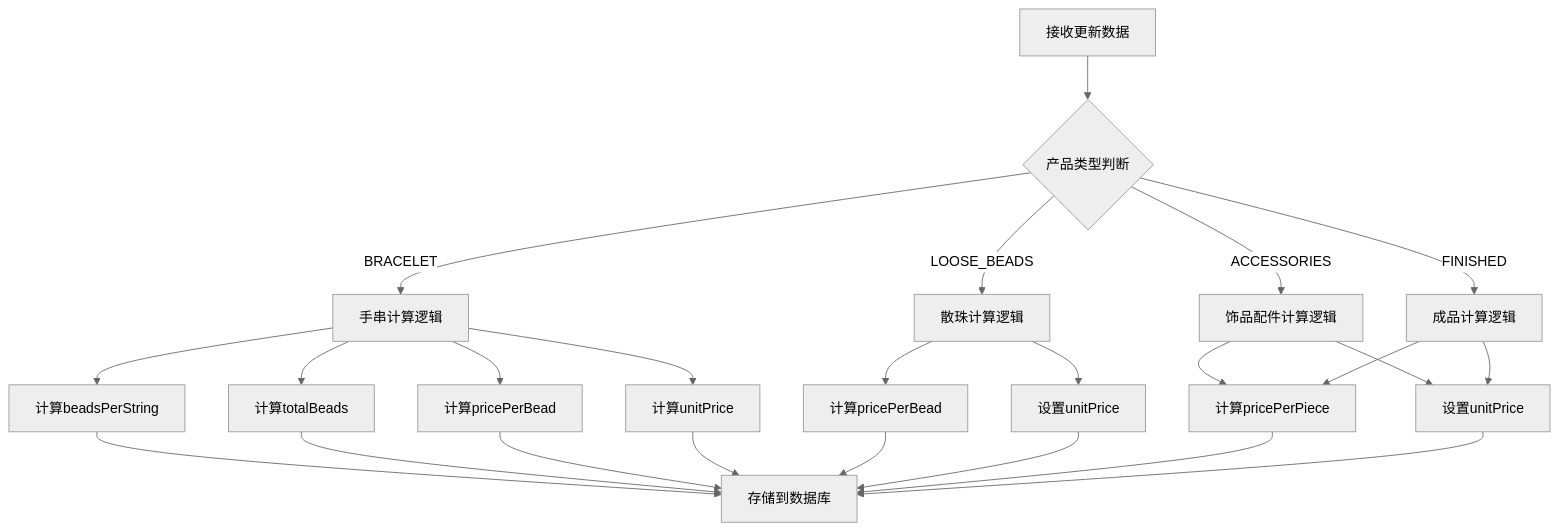
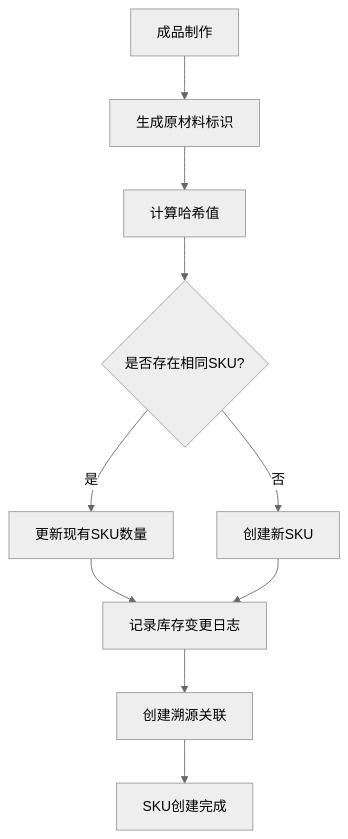
Before and after one commit to zhuoweishun/shuijing-erp: the tenth of 14 diagrams in .trae/documents/05-业务流程详细规范文档.md, drawn with Mermaid (neutral theme). The commit also changed other lines of this file and 118 other files, not shown here.

````diff
--- a/.trae/documents/05-业务流程详细规范文档.md
+++ b/.trae/documents/05-业务流程详细规范文档.md
@@ -705,26 +409,12 @@
 ```mermaid
 flowchart TD
-    A[接收更新数据] --> B{产品类型判断}
-    B -->|BRACELET| C[手串计算逻辑]
-    B -->|LOOSE_BEADS| D[散珠计算逻辑]
-    B -->|ACCESSORIES| E[饰品配件计算逻辑]
-    B -->|FINISHED| F[成品计算逻辑]
-    C --> G[计算beadsPerString]
-    C --> H[计算totalBeads]
-    C --> I[计算pricePerBead]
-    C --> J[计算unitPrice]
-    D --> K[计算pricePerBead]
-    D --> L[设置unitPrice]
-    E --> M[计算pricePerPiece]
-    E --> N[设置unitPrice]
-    F --> M
-    F --> N
-    G --> O[存储到数据库]
-    H --> O
-    I --> O
-    J --> O
-    K --> O
-    L --> O
-    M --> O
-    N --> O
+    A[成品制作] --> B[生成原材料标识]
+    B --> C[计算哈希值]
+    C --> D{是否存在相同SKU?}
+    D -->|是| E[更新现有SKU数量]
+    D -->|否| F[创建新SKU]
+    E --> G[记录库存变更日志]
+    F --> G
+    G --> H[创建溯源关联]
+    H --> I[SKU创建完成]
 ```
````
